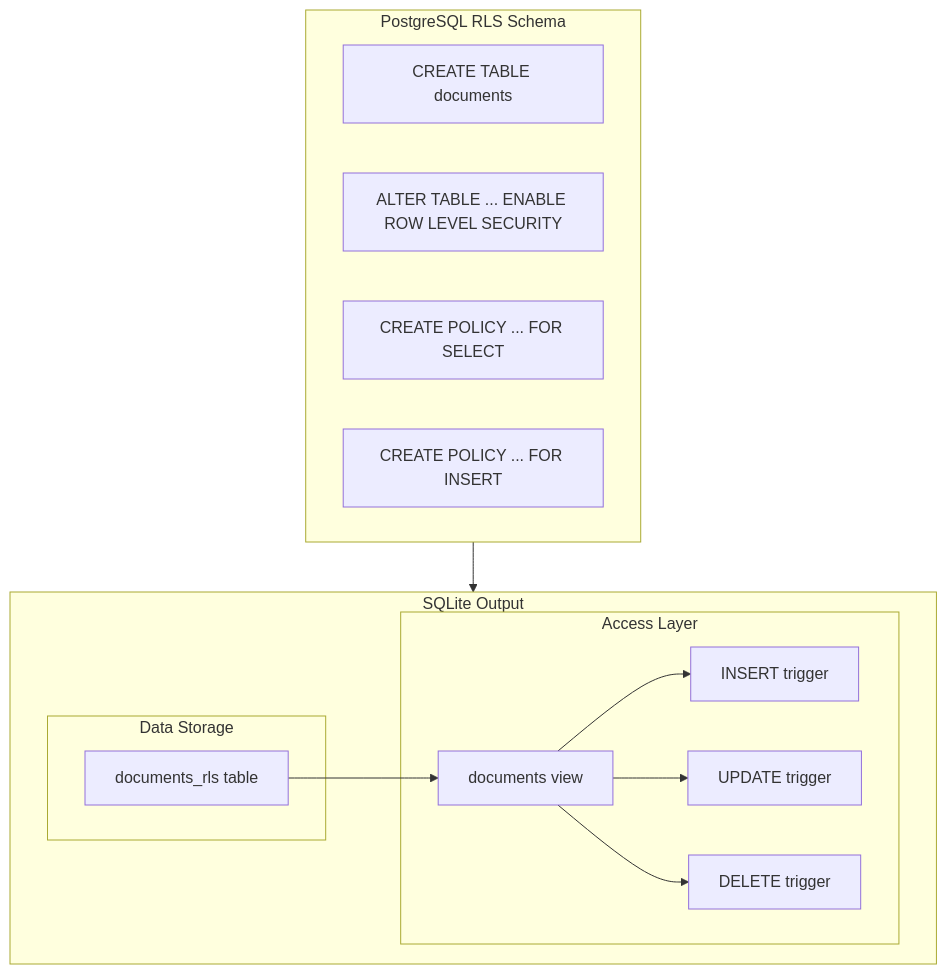
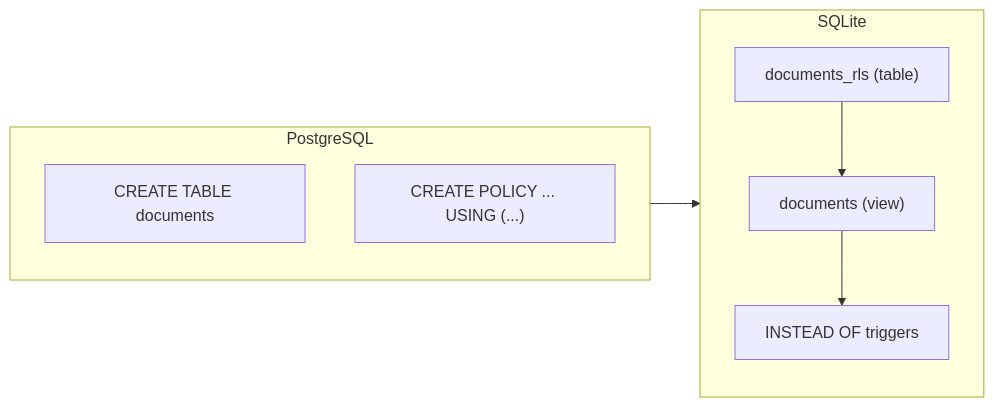
One commit to LucaCappelletti94/pg2sqlite changed the diagram in README.md. Above: the diagram before and after it, drawn with Mermaid. The commit also changed other lines of this file and 15 other files, not shown here.

````diff
--- a/README.md
+++ b/README.md
@@ -60,27 +94,16 @@
 ```mermaid
-flowchart TB
-    subgraph Input["PostgreSQL RLS Schema"]
-        T1["CREATE TABLE documents"]
-        T2["ALTER TABLE ... ENABLE ROW LEVEL SECURITY"]
-        T3["CREATE POLICY ... FOR SELECT"]
-        T4["CREATE POLICY ... FOR INSERT"]
+flowchart LR
+    subgraph PostgreSQL
+        T["CREATE TABLE documents"]
+        P["CREATE POLICY ... USING (...)"]
     end
 
-    subgraph Output["SQLite Output"]
-        subgraph Storage["Data Storage"]
-            ST["documents_rls table"]
-        end
-        subgraph Access["Access Layer"]
-            V["documents view"]
-            TI["INSERT trigger"]
-            TU["UPDATE trigger"]
-            TD["DELETE trigger"]
-        end
-        ST --> V
-        V --> TI
-        V --> TU
-        V --> TD
+    subgraph SQLite
+        ST["documents_rls (table)"]
+        V["documents (view)"]
+        TR["INSTEAD OF triggers"]
+        ST --> V --> TR
     end
 
-    Input --> Output
+    PostgreSQL --> SQLite
 ```
````
